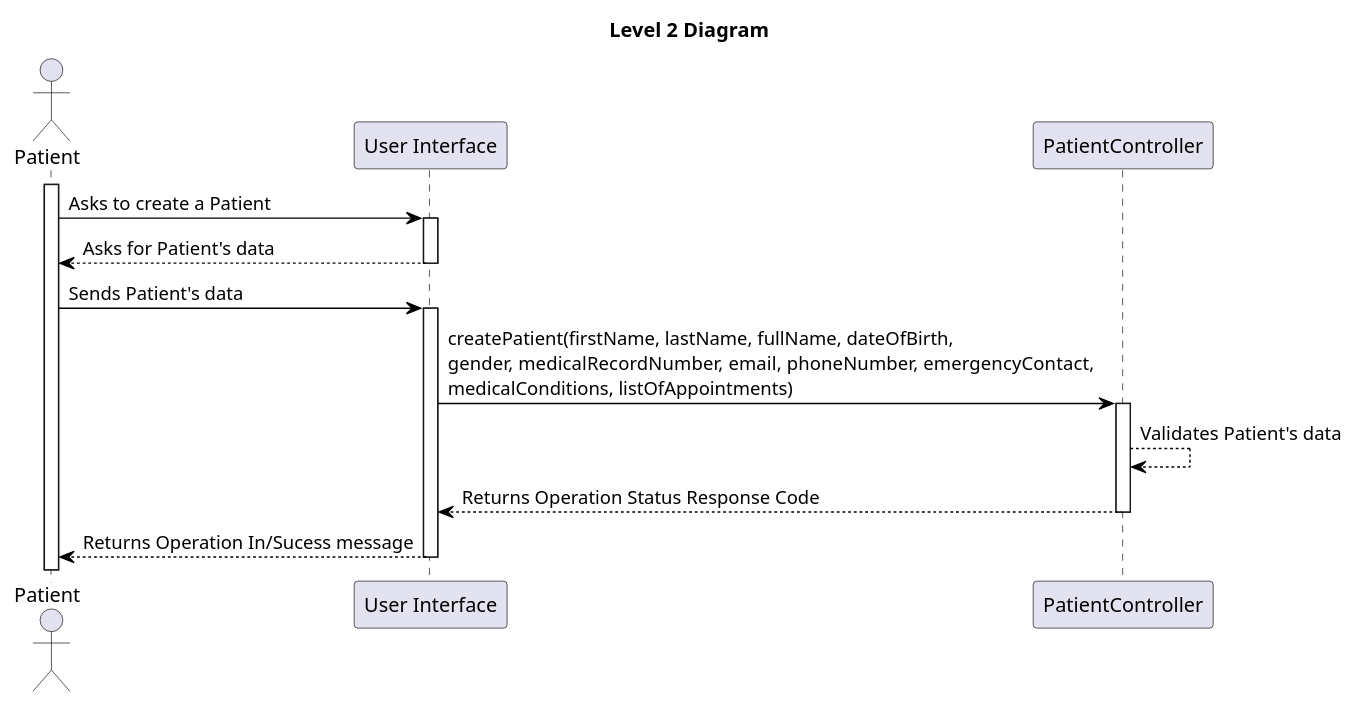
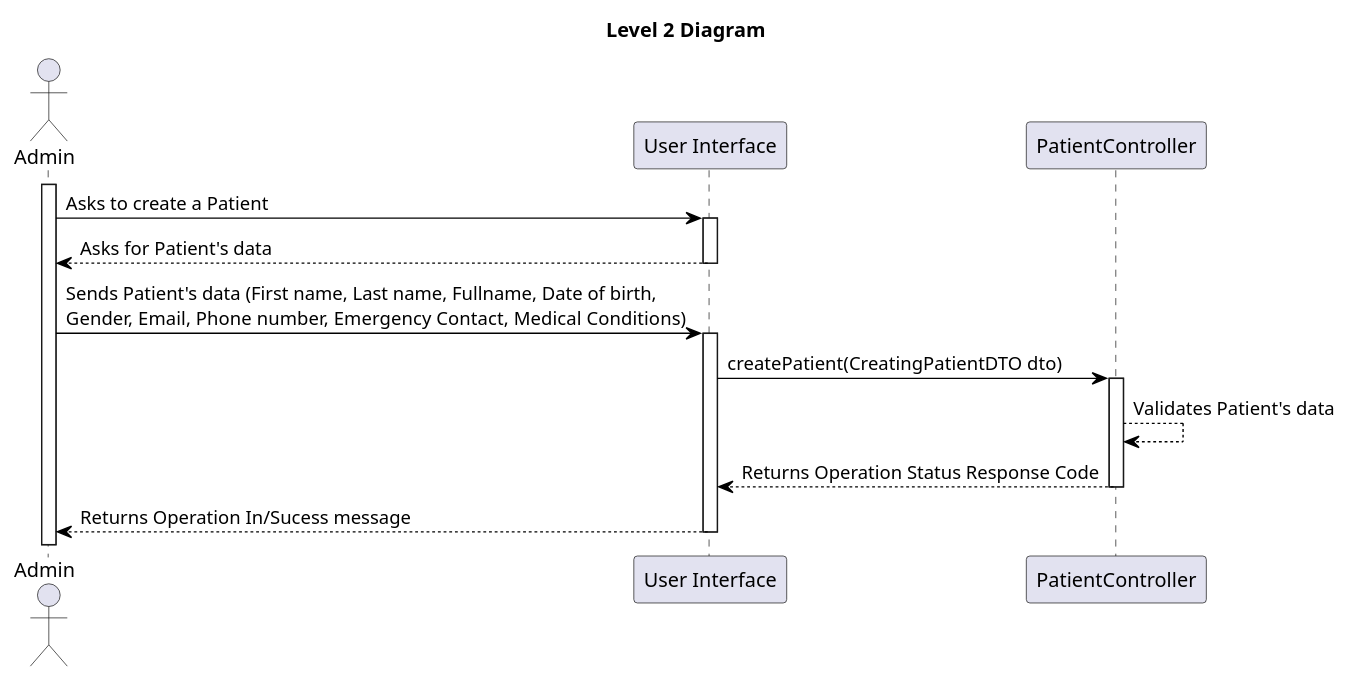
The diagram in docs/sprint_A/us_5.1.8/level_2/puml/level_2.puml (vscosousa/LAPR5_3DC_G15), drawn with PlantUML before and after one commit. The commit also changed 27 other files, not shown here.

```diff
--- a/docs/sprint_A/us_5.1.8/level_2/puml/level_2.puml
+++ b/docs/sprint_A/us_5.1.8/level_2/puml/level_2.puml
@@ -1,41 +1,41 @@
 @startuml level_2
 
 title Level 2 Diagram
 
 hide empty members
 'skinparam Linetype ortho
 
 skinparam class {
     BackgroundColor<<valueObject>> #D6EAF8
     BackgroundColor<<root>> #FDEBD0
     BackgroundColor<<service>> #D1F2EB
     BackgroundColor #FEF9E7
     ArrowColor Black
 }
 
 skinparam package {
     BackgroundColor #EBF5FB
 }
 
-actor Patient as P
+actor Admin as A
 participant "User Interface" as UI
 participant "PatientController" as C
 
 
-activate P
-P -> UI: Asks to create a Patient
+activate A
+A -> UI: Asks to create a Patient
 activate UI
-UI --> P: Asks for Patient's data
+UI --> A: Asks for Patient's data
 deactivate UI
-P -> UI: Sends Patient's data
+A -> UI: Sends Patient's data (First name, Last name, Fullname, Date of birth, \nGender, Email, Phone number, Emergency Contact, Medical Conditions)
 activate UI
-UI -> C: createPatient(firstName, lastName, fullName, dateOfBirth, \ngender, medicalRecordNumber, email, phoneNumber, emergencyContact, \nmedicalConditions, listOfAppointments)
+UI -> C: createPatient(CreatingPatientDTO dto)
 activate C
 C --> C: Validates Patient's data
 C --> UI: Returns Operation Status Response Code
 deactivate C
-UI --> P: Returns Operation In/Sucess message
+UI --> A: Returns Operation In/Sucess message
 deactivate UI
 
 
 @enduml
```
